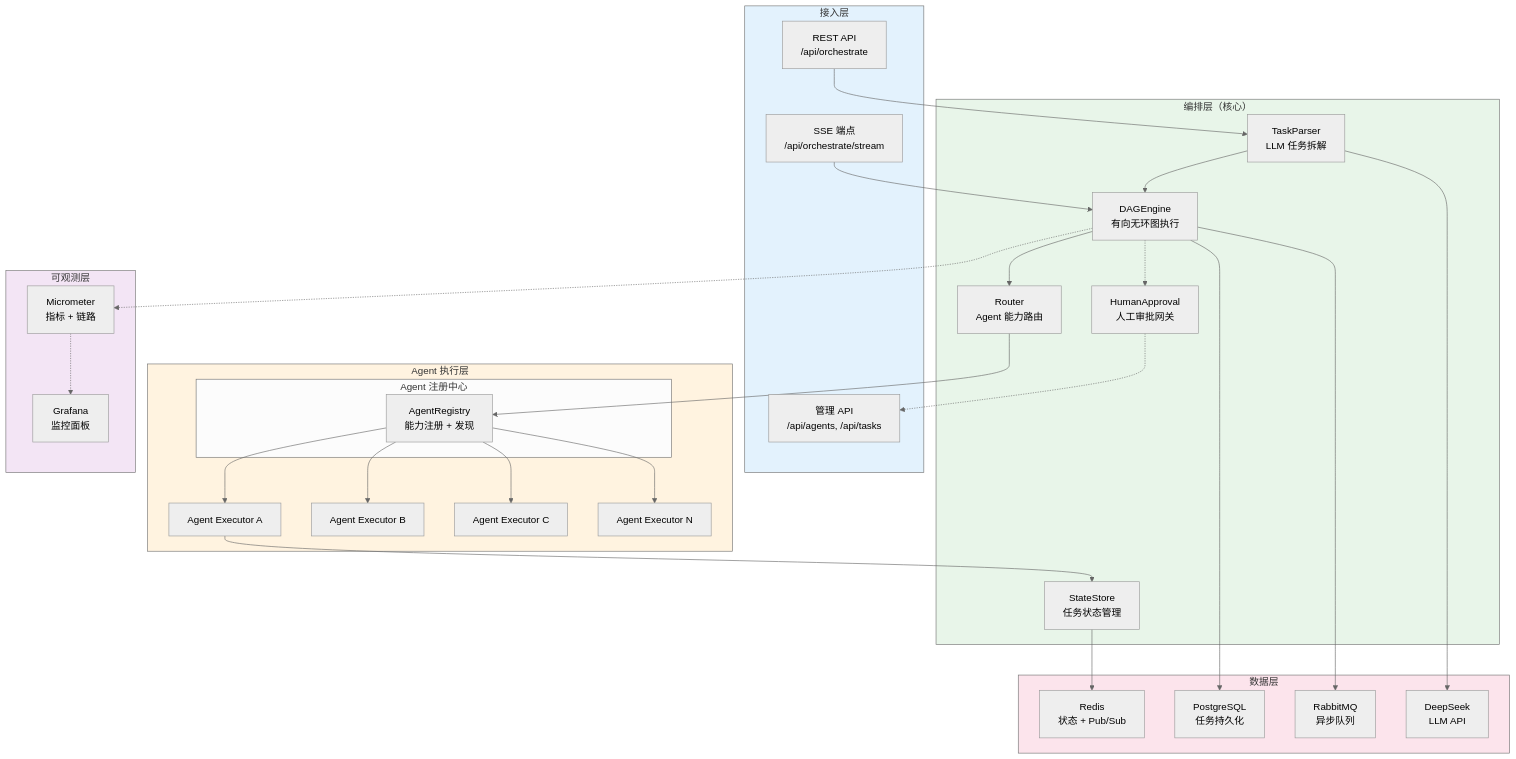
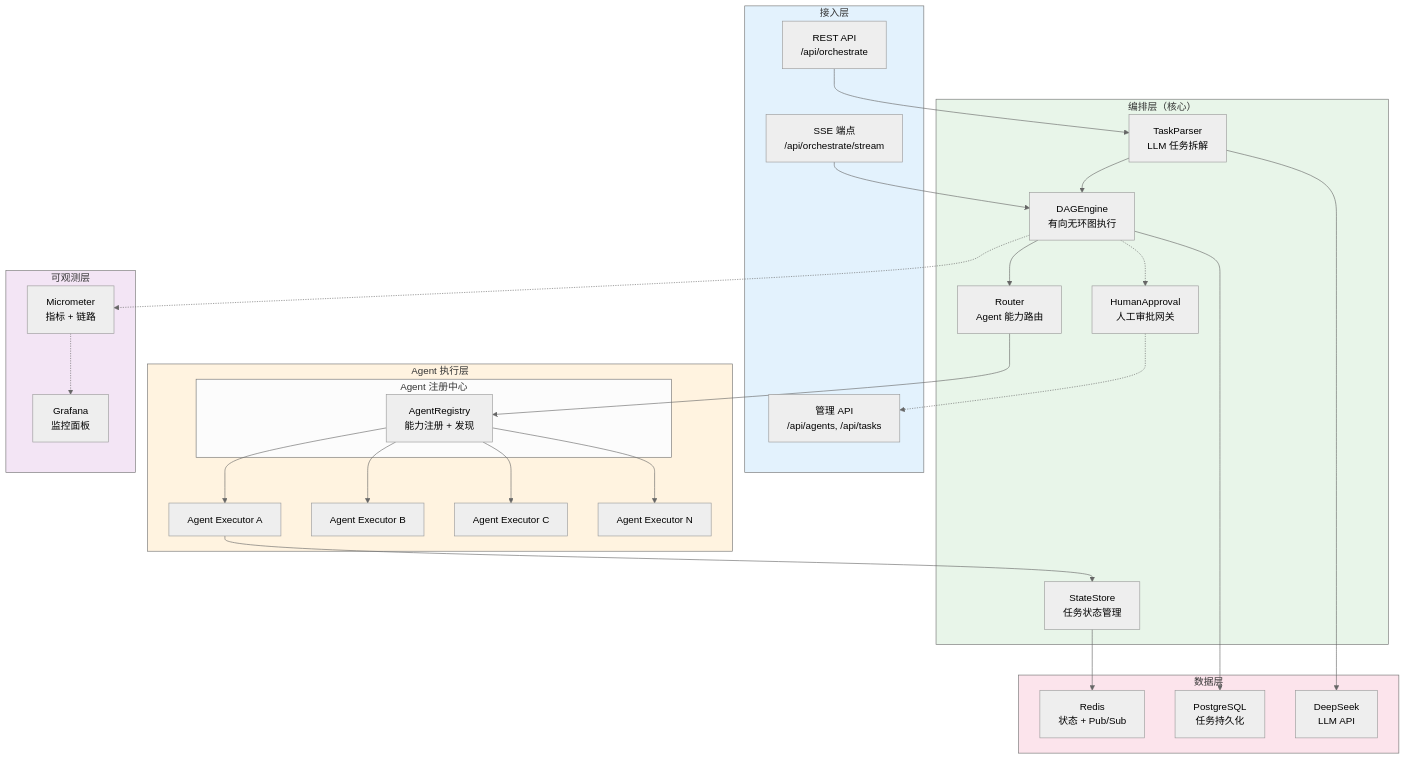
Before and after one commit to UranusGit/java-agent-learn: the fifth of 8 diagrams in docs/项目/02-多Agent协作平台/00-需求分析与架构设计.md, drawn with Mermaid (neutral theme). The commit also changed other lines of this file and 206 other files, not shown here.

First line of the commit message:
feat(docs): 附录15 DeepSeek Harness 深度分析 + 全部项目完整代码补全

````diff
--- a/docs/项目/02-多Agent协作平台/00-需求分析与架构设计.md
+++ b/docs/项目/02-多Agent协作平台/00-需求分析与架构设计.md
@@ -270,64 +271,62 @@
 ```mermaid
 graph TB
     subgraph 接入层["接入层"]
         API1["REST API<br/>/api/orchestrate"]
         API2["SSE 端点<br/>/api/orchestrate/stream"]
         API3["管理 API<br/>/api/agents, /api/tasks"]
     end
 
     subgraph 编排层["编排层（核心）"]
         O1["TaskParser<br/>LLM 任务拆解"]
         O2["DAGEngine<br/>有向无环图执行"]
         O3["Router<br/>Agent 能力路由"]
         O4["StateStore<br/>任务状态管理"]
         O5["HumanApproval<br/>人工审批网关"]
     end
 
     subgraph Agent层["Agent 执行层"]
         subgraph 注册中心["Agent 注册中心"]
             R1["AgentRegistry<br/>能力注册 + 发现"]
         end
         AE1["Agent Executor A"]
         AE2["Agent Executor B"]
         AE3["Agent Executor C"]
         AE4["Agent Executor N"]
     end
 
     subgraph 数据层["数据层"]
         D1["Redis<br/>状态 + Pub/Sub"]
         D2["PostgreSQL<br/>任务持久化"]
-        D3["RabbitMQ<br/>异步队列"]
-        D4["DeepSeek<br/>LLM API"]
+        D3["DeepSeek<br/>LLM API"]
     end
 
     subgraph 可观测["可观测层"]
         M1["Micrometer<br/>指标 + 链路"]
         M2["Grafana<br/>监控面板"]
     end
 
     API1 --> O1
     API2 --> O2
     O1 --> O2
     O2 --> O3
     O3 --> R1
     R1 --> AE1
     R1 --> AE2
     R1 --> AE3
     R1 --> AE4
     AE1 --> O4
     O4 --> D1
     O2 --> D2
-    O2 --> D3
-    O1 --> D4
+    O1 --> D3
     O2 -.-> O5
     O5 -.-> API3
 
     O2 -.-> M1
     M1 -.-> M2
 
     style 接入层 fill:#e3f2fd
     style 编排层 fill:#e8f5e9
     style Agent层 fill:#fff3e0
     style 数据层 fill:#fce4ec
     style 可观测 fill:#f3e5f5
 ```
````
